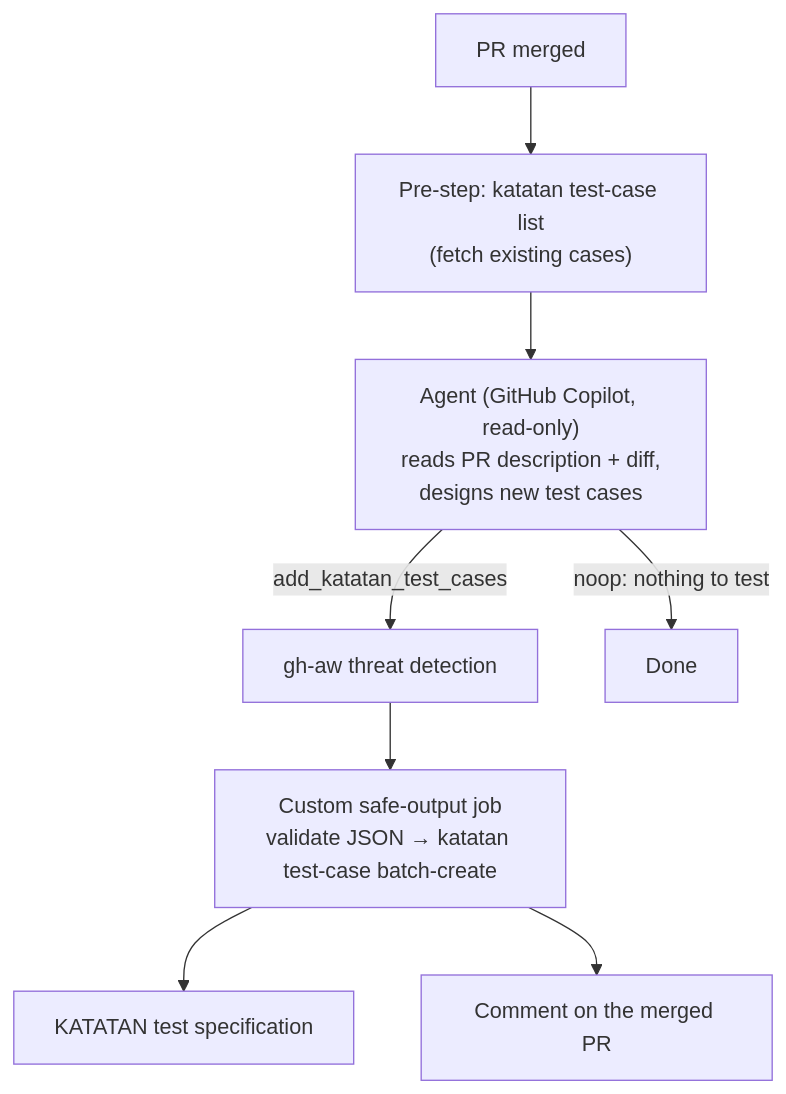
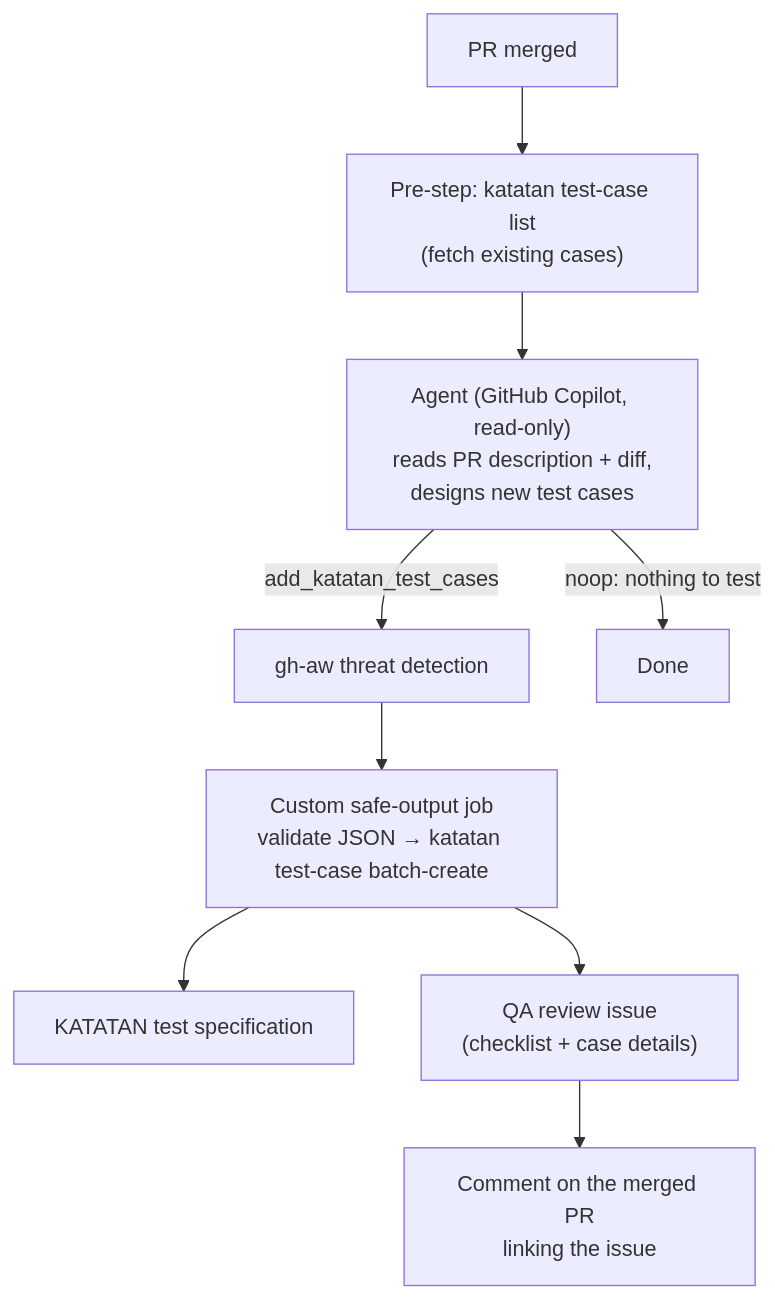
One commit to to-goseki-katatan/Auto-Writing-TestSpec-AgenticWorkflow changed the diagram in README.md. Above: the diagram before and after it, drawn with Mermaid. The commit also changed other lines of this file and 2 other files, not shown here.

First line of the commit message:
Open a QA review issue listing the added KATATAN test cases

````diff
--- a/README.md
+++ b/README.md
@@ -14,10 +15,11 @@
 ```mermaid
 flowchart TD
     A[PR merged] --> B["Pre-step: katatan test-case list<br/>(fetch existing cases)"]
     B --> C["Agent (GitHub Copilot, read-only)<br/>reads PR description + diff,<br/>designs new test cases"]
     C -->|add_katatan_test_cases| D[gh-aw threat detection]
     C -->|noop: nothing to test| X[Done]
     D --> E["Custom safe-output job<br/>validate JSON → katatan test-case batch-create"]
     E --> F[KATATAN test specification]
-    E --> G[Comment on the merged PR]
+    E --> G["QA review issue<br/>(checklist + case details)"]
+    G --> H[Comment on the merged PR<br/>linking the issue]
 ```
````
